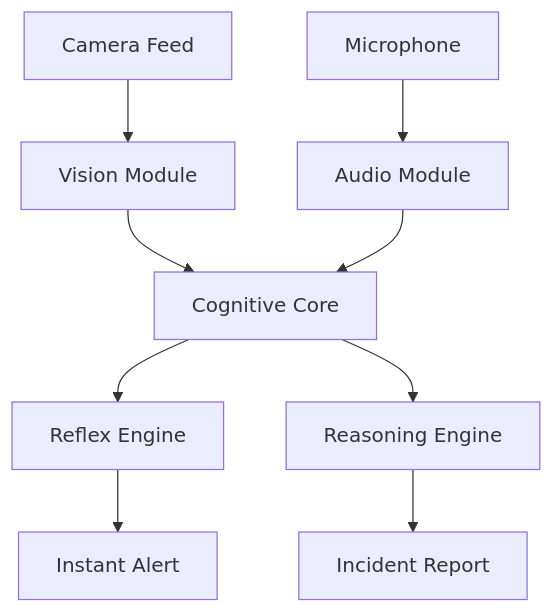
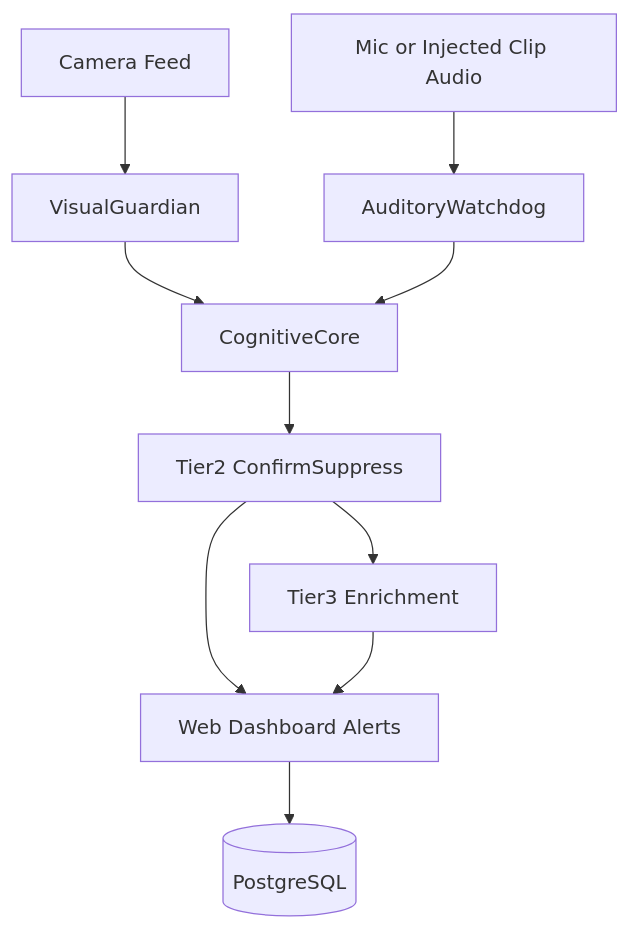
One commit to Mahad811/AI-Based-Monitoring-System changed the diagram in docs/guides/ARCHITECTURE_OVERVIEW.md. Above: the diagram before and after it, drawn with Mermaid. The commit also changed other lines of this file and 17 other files, not shown here.

````diff
--- a/docs/guides/ARCHITECTURE_OVERVIEW.md
+++ b/docs/guides/ARCHITECTURE_OVERVIEW.md
@@ -7,11 +9,12 @@
 ```mermaid
-graph TD
-    A[Camera Feed] --> B[Vision Module]
-    C[Microphone] --> D[Audio Module]
-    B --> E[Cognitive Core]
-    D --> E
-    E --> F[Reflex Engine]
-    E --> G[Reasoning Engine]
-    F --> H[Instant Alert]
-    G --> I[Incident Report]
+flowchart TD
+    Camera[Camera Feed] --> Vision[VisualGuardian]
+    Mic[Mic or Injected Clip Audio] --> Audio[AuditoryWatchdog]
+    Vision --> Fusion[CognitiveCore]
+    Audio --> Fusion
+    Fusion --> Tier2[Tier2 ConfirmSuppress]
+    Tier2 --> Tier3[Tier3 Enrichment]
+    Tier2 --> Dashboard[Web Dashboard Alerts]
+    Tier3 --> Dashboard
+    Dashboard --> Db[(PostgreSQL)]
 ```
````
